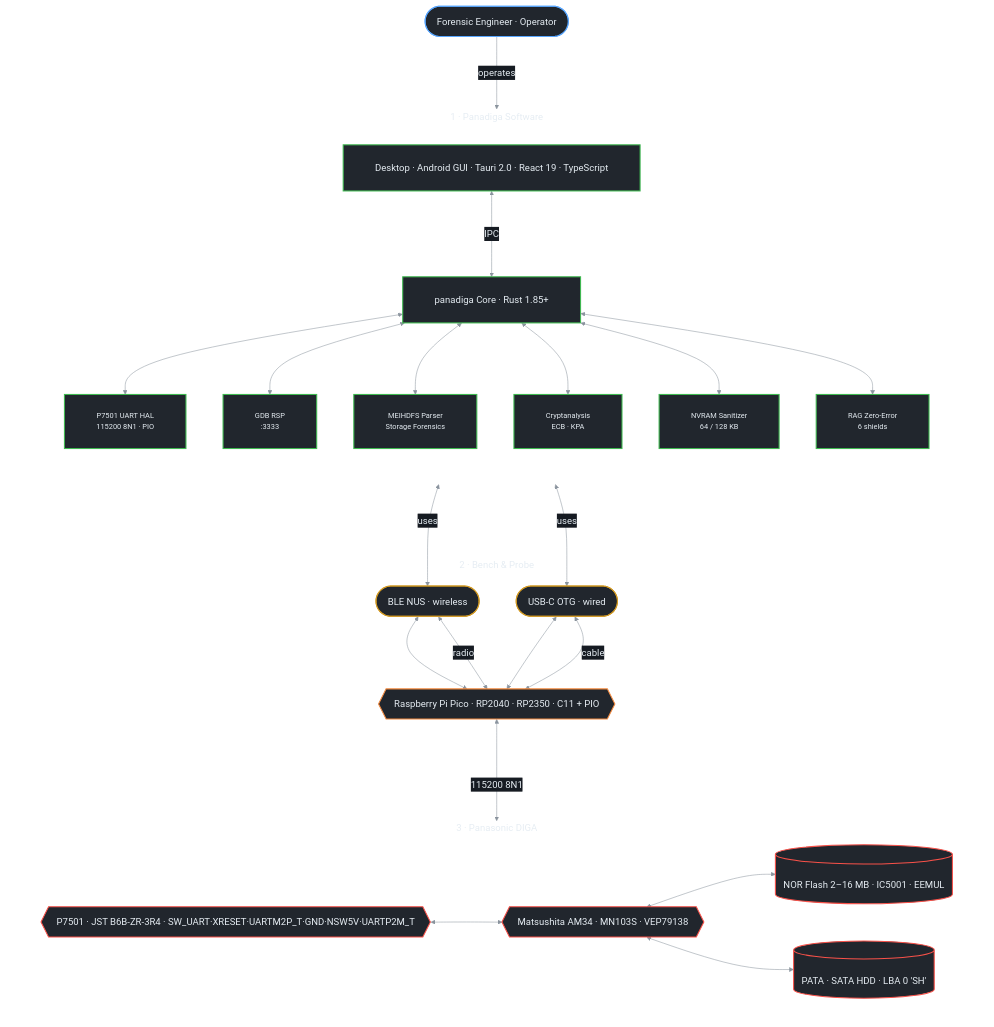
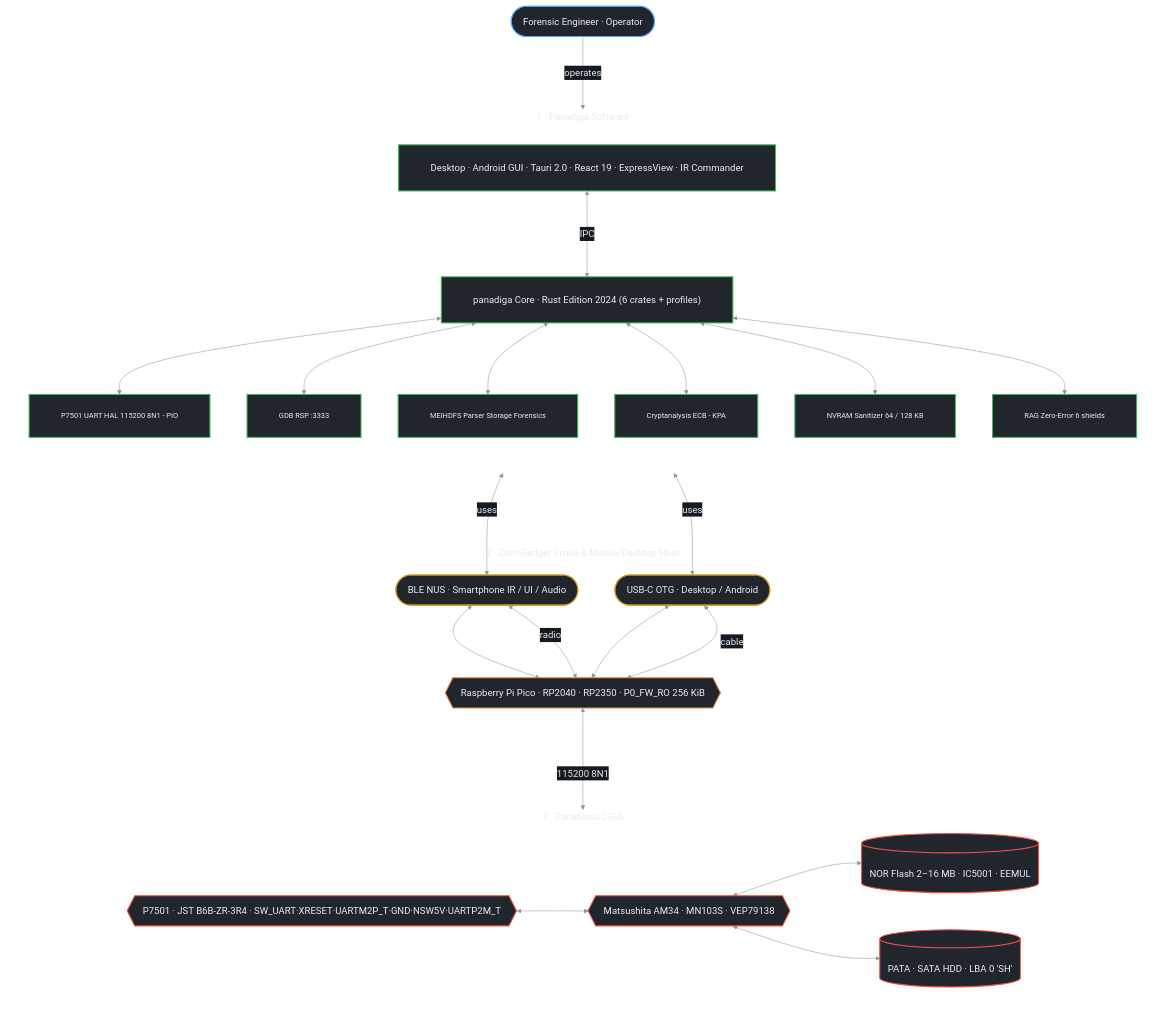
The diagram in README.md (orgchrono/Panadiga), drawn with Mermaid before and after one commit. The commit also changed other lines of this file and 83 other files, not shown here.

````diff
--- a/README.md
+++ b/README.md
@@ -41,70 +41,70 @@
 ```mermaid
 %%{init: {'theme':'base','themeCSS':'.edgeLabel span, .edgeLabel div, .edgeLabel p { white-space: nowrap !important; }','themeVariables':{'fontFamily':'ui-monospace, SFMono-Regular, Menlo, monospace','fontSize':'18px','background':'#161b22','primaryColor':'#21262d','primaryTextColor':'#e6edf3','primaryBorderColor':'#484f58','lineColor':'#8b949e','secondaryColor':'#21262d','tertiaryColor':'#21262d','edgeLabelBackground':'#161b22','titleColor':'#e6edf3'},'flowchart':{'htmlLabels':true,'useMaxWidth':false,'wrappingWidth':4000,'nodeSpacing':70,'rankSpacing':110,'curve':'basis','padding':30}}}%%
 flowchart TD
     USER(["Forensic Engineer · Operator"])
 
     subgraph SOFTWARE_SUITE["1 · Panadiga Software"]
         direction TB
-        GUI["Desktop · Android GUI · Tauri 2.0 · React 19 · TypeScript"]
-        CLI["panadiga Core · Rust 1.85+"]
+        GUI["Desktop · Android GUI · Tauri 2.0 · React 19 · ExpressView · IR Commander"]
+        CLI["panadiga Core · Rust Edition 2024 (6 crates + profiles)"]
         GUI <--> |"IPC"| CLI
 
-        P7501_HAL["P7501 UART HAL<br/>115200 8N1 · PIO"]
-        GDB_SRV["GDB RSP<br/>:3333"]
-        MEIHDFS["MEIHDFS Parser<br/>Storage Forensics"]
-        CRYPTO["Cryptanalysis<br/>ECB · KPA"]
-        NVRAM["NVRAM Sanitizer<br/>64 / 128 KB"]
-        RAG["RAG Zero-Error<br/>6 shields"]
+        P7501_HAL["P7501 UART HAL 115200 8N1 - PIO"]
+        GDB_SRV["GDB RSP :3333"]
+        MEIHDFS["MEIHDFS Parser Storage Forensics"]
+        CRYPTO["Cryptanalysis ECB - KPA"]
+        NVRAM["NVRAM Sanitizer 64 / 128 KB"]
+        RAG["RAG Zero-Error 6 shields"]
 
         CLI <--> P7501_HAL
         CLI <--> GDB_SRV
         CLI <--> MEIHDFS
         CLI <--> CRYPTO
         CLI <--> NVRAM
         CLI <--> RAG
     end
 
-    subgraph LAB_BENCH["2 · Bench & Probe"]
-        BLE(["BLE NUS · wireless"])
-        USB(["USB-C OTG · wired"])
-        PICO{{"Raspberry Pi Pico · RP2040 · RP2350 · C11 + PIO"}}
+    subgraph LAB_BENCH["2 · Zero-Gadget Probe & Mobile/Desktop Host"]
+        BLE(["BLE NUS · Smartphone IR / UI / Audio"])
+        USB(["USB-C OTG · Desktop / Android"])
+        PICO{{"Raspberry Pi Pico · RP2040 · RP2350 · P0_FW_RO 256 KiB"}}
         BLE <--> PICO
         USB <--> PICO
     end
 
     subgraph TARGET_HARDWARE["3 · Panasonic DIGA"]
         direction LR
         P7501{{"P7501 · JST B6B-ZR-3R4 · SW_UART·XRESET·UARTM2P_T·GND·NSW5V·UARTP2M_T"}}
         AM34{{"Matsushita AM34 · MN103S · VEP79138"}}
         FLASH[("NOR Flash 2–16 MB · IC5001 · EEMUL")]
         HDD[("PATA · SATA HDD · LBA 0 'SH'")]
         P7501 <--> AM34
         AM34 <--> FLASH
         AM34 <--> HDD
     end
 
     USER --> |"operates"| GUI
     GUI <--> |"uses"| BLE
     GUI <--> |"uses"| USB
     BLE <--> |"radio"| PICO
     USB <--> |"cable"| PICO
     PICO <--> |"115200 8N1"| P7501
 
     classDef lab       fill:#21262d,stroke:#58a6ff,color:#e6edf3,stroke-width:2px
     classDef transport fill:#21262d,stroke:#d29922,color:#e6edf3,stroke-width:2px
     classDef probe     fill:#21262d,stroke:#f0883e,color:#e6edf3,stroke-width:2px
     classDef sw        fill:#21262d,stroke:#3fb950,color:#e6edf3,stroke-width:2px
     classDef swc       fill:#21262d,stroke:#3fb950,color:#e6edf3,stroke-width:2px,font-size:14px
     classDef tgt       fill:#21262d,stroke:#f85149,color:#e6edf3,stroke-width:2px
 
     class USER lab
     class GUI,CLI sw
     class P7501_HAL,GDB_SRV,MEIHDFS,CRYPTO,NVRAM,RAG swc
     class BLE,USB transport
     class PICO probe
     class P7501,AM34,FLASH,HDD tgt
 
     style SOFTWARE_SUITE fill:transparent,stroke-width:0px
     style LAB_BENCH fill:transparent,stroke-width:0px
     style TARGET_HARDWARE fill:transparent,stroke-width:0px
 ```
````
